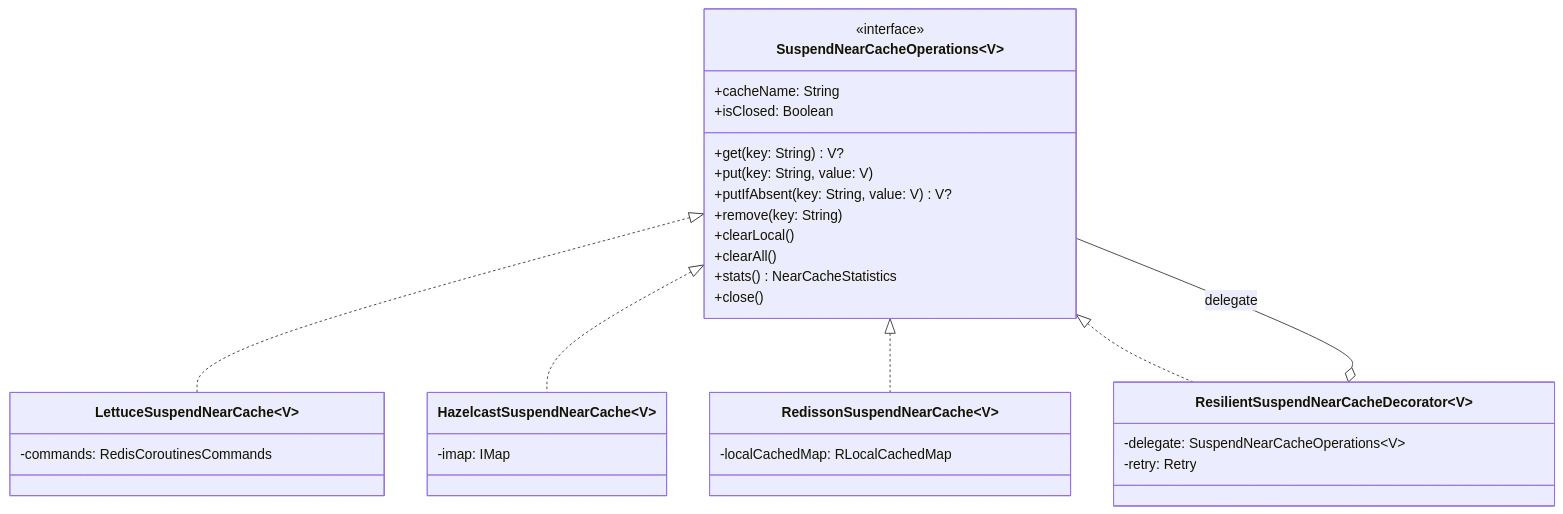
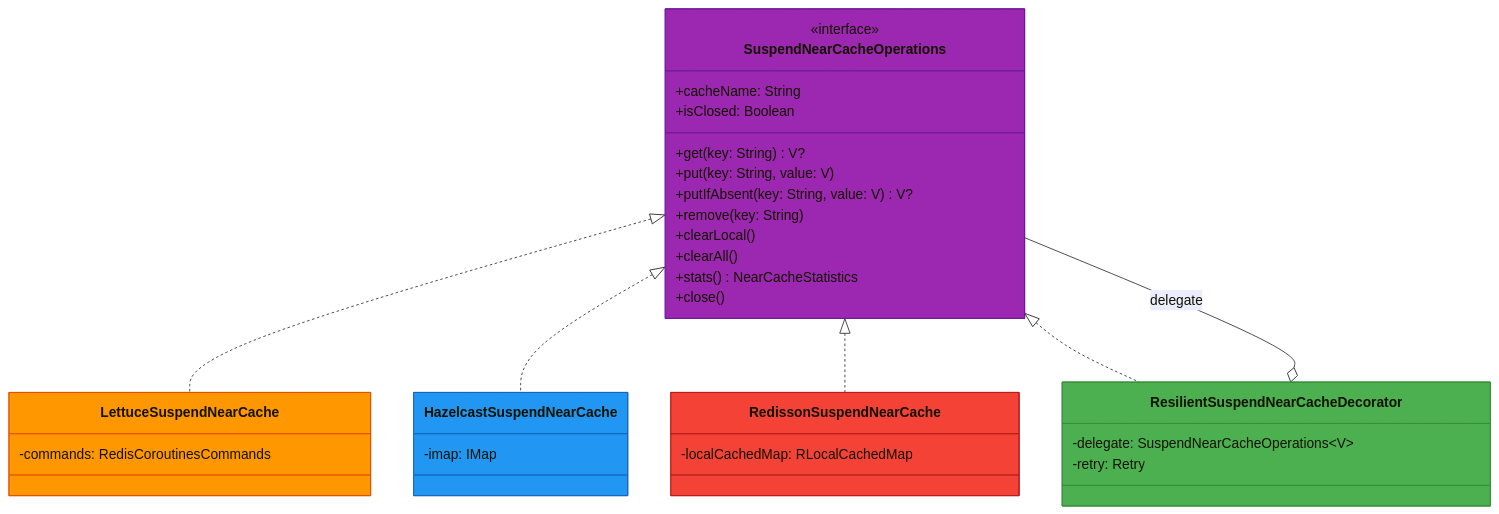
The fourth of 7 diagrams in infra/cache-core/README.md (bluetape4k/bluetape4k-projects), drawn with Mermaid before and after one commit. The commit also changed other lines of this file and 74 other files, not shown here.

First line of the commit message:
docs: bluetape4k/core/coroutines/logging, io/feign~vertx README 색상 Mermaid UML 추가

````diff
--- a/infra/cache-core/README.md
+++ b/infra/cache-core/README.md
@@ -144,39 +151,46 @@
 ```mermaid
 classDiagram
-    class SuspendNearCacheOperations~V~ {
+    class SuspendNearCacheOperations:::abstractStyle {
         <<interface>>
         +cacheName: String
         +isClosed: Boolean
         +get(key: String) V?
         +put(key: String, value: V)
         +putIfAbsent(key: String, value: V) V?
         +remove(key: String)
         +clearLocal()
         +clearAll()
         +stats() NearCacheStatistics
         +close()
     }
 
-    class ResilientSuspendNearCacheDecorator~V~ {
+    class ResilientSuspendNearCacheDecorator:::serviceStyle {
         -delegate: SuspendNearCacheOperations~V~
         -retry: Retry
     }
 
-    class LettuceSuspendNearCache~V~ {
+    class LettuceSuspendNearCache:::redisStyle {
         -commands: RedisCoroutinesCommands
     }
 
-    class HazelcastSuspendNearCache~V~ {
+    class HazelcastSuspendNearCache:::clientStyle {
         -imap: IMap
     }
 
-    class RedissonSuspendNearCache~V~ {
+    class RedissonSuspendNearCache:::cacheStyle {
         -localCachedMap: RLocalCachedMap
     }
 
     SuspendNearCacheOperations <|.. LettuceSuspendNearCache
     SuspendNearCacheOperations <|.. HazelcastSuspendNearCache
     SuspendNearCacheOperations <|.. RedissonSuspendNearCache
     SuspendNearCacheOperations <|.. ResilientSuspendNearCacheDecorator
     SuspendNearCacheOperations --o ResilientSuspendNearCacheDecorator : delegate
+
+    classDef cacheStyle   fill:#F44336,stroke:#B71C1C
+    classDef redisStyle   fill:#FF9800,stroke:#E65100
+    classDef infraStyle   fill:#607D8B,stroke:#37474F
+    classDef clientStyle  fill:#2196F3,stroke:#1565C0
+    classDef abstractStyle fill:#9C27B0,stroke:#6A1B9A
+    classDef serviceStyle fill:#4CAF50,stroke:#388E3C
 ```
````
